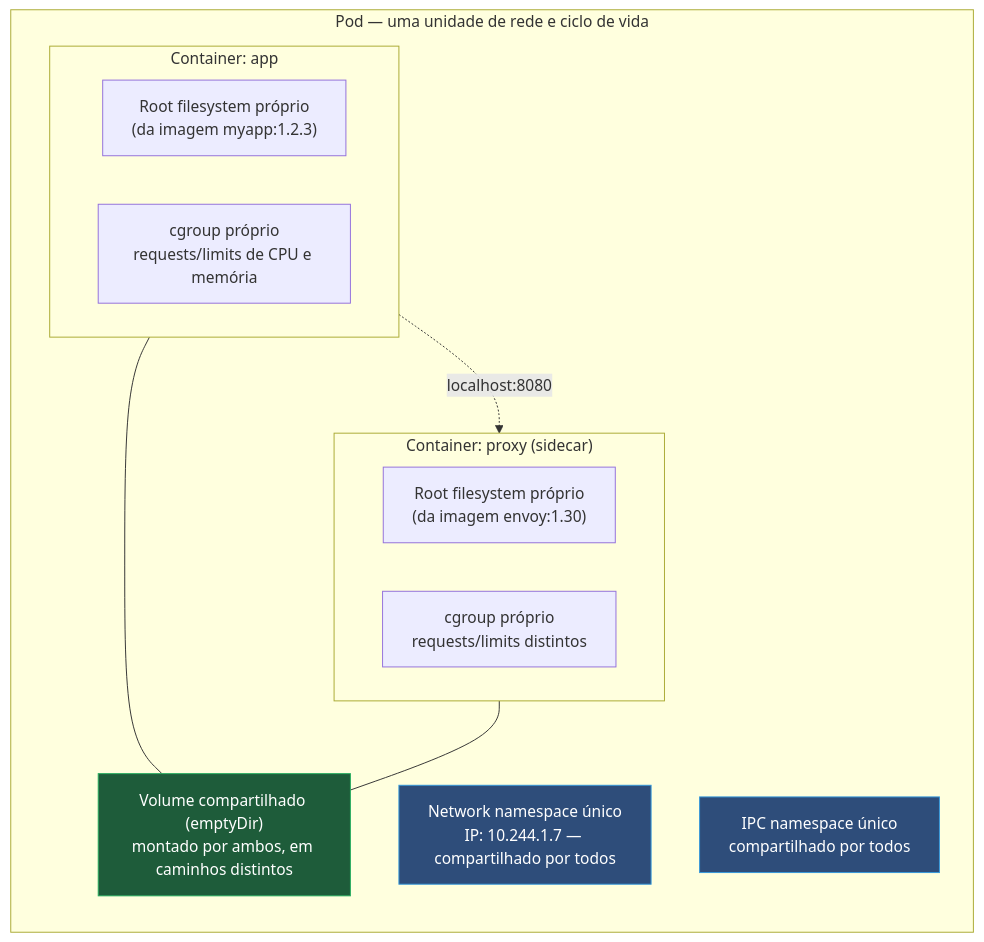
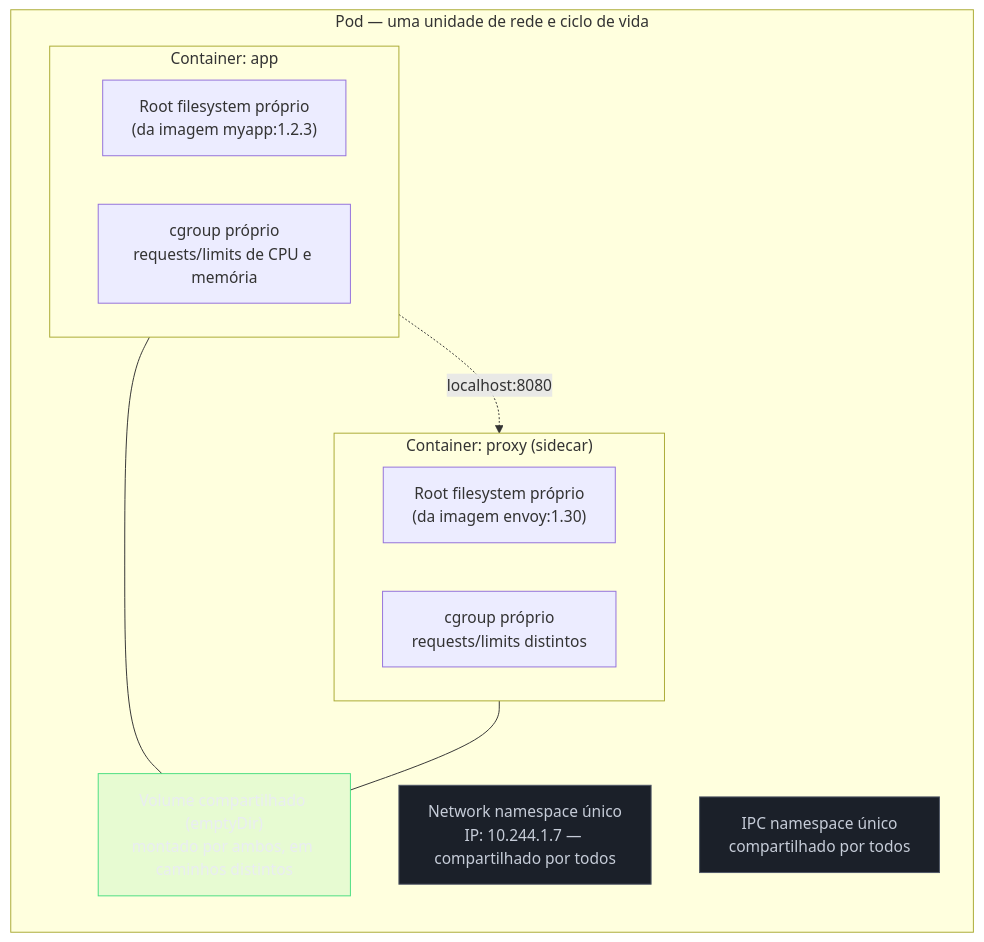
One commit to josenaldo/codex-technomanticus changed the first of 4 diagrams in 03-Dominios/Tecnologia/Infraestrutura/Kubernetes/03 - O Pod, a unidade que não é o container.md. Above: the diagram before and after it, drawn with Mermaid. The commit also changed other lines of this file and 1181 other files, not shown here.

First line of the commit message:
fix(diagramas): paleta do sistema no lugar de cor cravada no markdown

````diff
--- a/03-Dominios/Tecnologia/Infraestrutura/Kubernetes/03 - O Pod, a unidade que não é o container.md
+++ b/03-Dominios/Tecnologia/Infraestrutura/Kubernetes/03 - O Pod, a unidade que não é o container.md
@@ -45,24 +45,26 @@
 ```mermaid
 graph TB
+    classDef neutro fill:#1B2029,stroke:#4E5666,color:#C6CCD8
+    classDef ok fill:#4ADE8021,stroke:#4ADE80,color:#E9ECF2
     subgraph POD["Pod — uma unidade de rede e ciclo de vida"]
         direction TB
         NS["Network namespace único<br/>IP: 10.244.1.7 — compartilhado por todos"]
         IPC["IPC namespace único<br/>compartilhado por todos"]
         subgraph C1["Container: app"]
             FS1["Root filesystem próprio<br/>(da imagem myapp:1.2.3)"]
             CG1["cgroup próprio<br/>requests/limits de CPU e memória"]
         end
         subgraph C2["Container: proxy (sidecar)"]
             FS2["Root filesystem próprio<br/>(da imagem envoy:1.30)"]
             CG2["cgroup próprio<br/>requests/limits distintos"]
         end
         VOL["Volume compartilhado (emptyDir)<br/>montado por ambos, em caminhos distintos"]
         C1 -.->|"localhost:8080"| C2
         C1 --- VOL
         C2 --- VOL
     end
 
-    style NS fill:#2e4d7a,stroke:#3498db,color:#fff
-    style IPC fill:#2e4d7a,stroke:#3498db,color:#fff
-    style VOL fill:#1e5c3a,stroke:#27ae60,color:#fff
+    class NS neutro
+    class IPC neutro
+    class VOL ok
 ```
````
